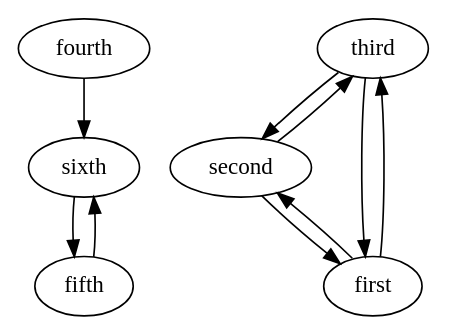
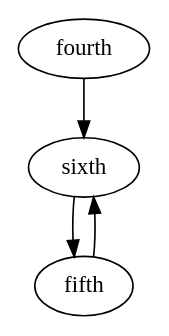
One commit to AshFungor/graph-serializer changed the diagram in test.gv. Above: the diagram before and after it, drawn with Graphviz. The commit also changed 4 other files, not shown here.

```diff
--- a/test.gv
+++ b/test.gv
@@ -1,28 +1,11 @@
-# Written by GraphWriter.
-# This software is part of our university project.
-
 digraph {
-
-  # Graph nodes.
-
   sixth [label = "sixth"]
   fifth [label = "fifth"]
   fourth [label = "fourth"]
-  third 
-  second 
-  first 
 
 
-  # Graph edges.
 
-  sixth -> fifth [weight = "9"]
-  fifth -> sixth [weight = "8"]
-  fourth -> sixth [weight = "7"]
-  third -> first [weight = "3"]
-  third -> second [weight = "5"]
-  second -> third [weight = "2"]
-  second -> first [weight = "4"]
-  first -> second [weight = "1"]
-  first -> third [weight = "6"]
-
+  sixth -> fifth [weight = 9 ]
+  fifth -> sixth [weight = 8 ]
+  fourth -> sixth [weight = 7 ]
 }
```
